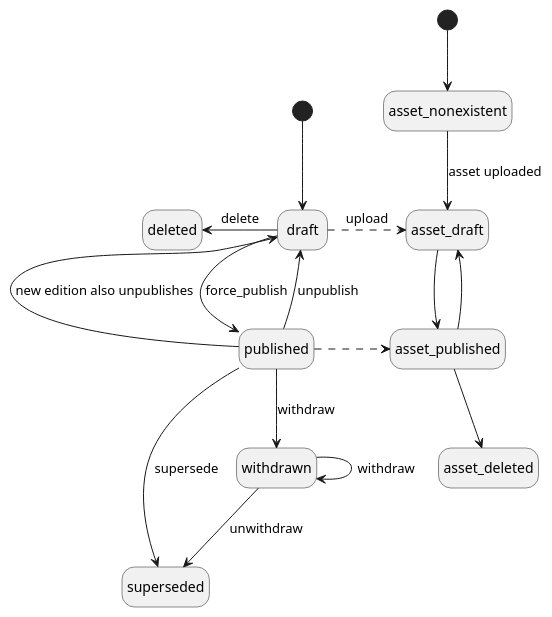
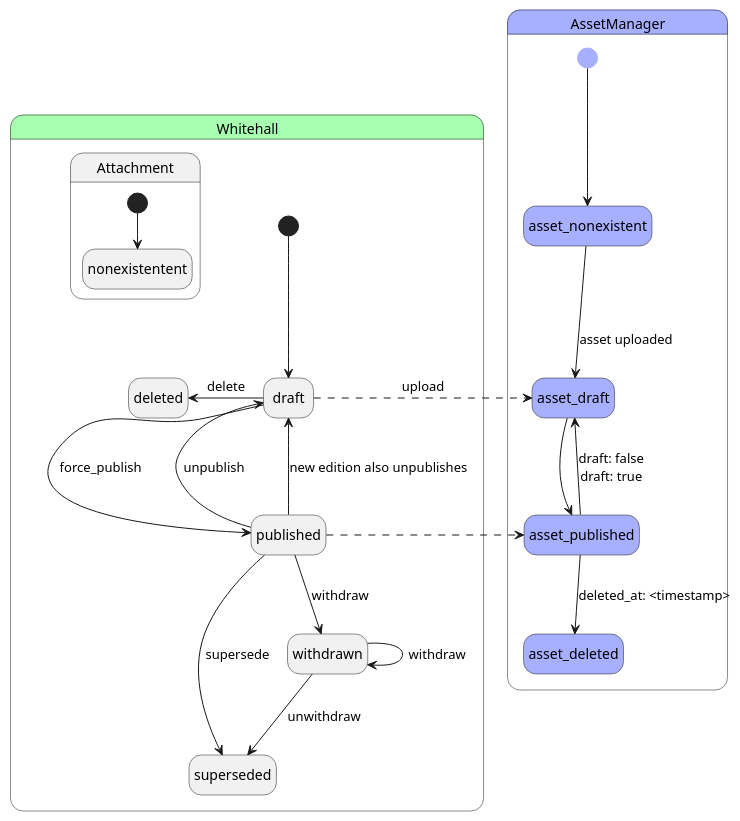
The diagram in docs/diagrams/asset_state_transitions.puml (alphagov/whitehall), drawn with PlantUML before and after one commit. The commit also changed 1 other file, not shown here.

Commit message:
add coloring and boundaries to asset state diagram

```diff
--- a/docs/diagrams/asset_state_transitions.puml
+++ b/docs/diagrams/asset_state_transitions.puml
@@ -1,37 +1,49 @@
 @startuml edition_state_transitions
 hide empty description
 
-state asset_start <<start>>
+state AssetManager #a7afff {
+    state asset_start <<start>> #a7afff
+    state asset_nonexistent #a7afff
+    state asset_draft #a7afff
+    state asset_published #a7afff
+    state asset_deleted #a7afff
+}
 
-[*] --> draft
+state Whitehall #a7ffaf {
+    [*] --> draft
 
-'removed: submitted, rejected, scheculed
+    'removed: submitted, rejected, scheculed
 
-draft -l-> deleted: delete
+    draft -l-> deleted: delete
 
-draft -[norank]-> published: force_publish
+    draft -[norank]-> published: force_publish
 
-published -u-> draft: unpublish
-published -u-> draft: new edition also unpublishes
+    published -u-> draft: unpublish
+    published -u-> draft: new edition also unpublishes
 
-'draft -u-> draft: unpublish
+    'draft -u-> draft: unpublish
 
-published --> superseded: supersede
+    published --> superseded: supersede
 
-published --> withdrawn: withdraw
-withdrawn --> withdrawn: withdraw
+    published --> withdrawn: withdraw
+    withdrawn --> withdrawn: withdraw
 
-withdrawn --> superseded: unwithdraw
+    withdrawn --> superseded: unwithdraw
+
+    state Attachment {
+        [*] --> nonexistentent
+    }
+}
 
 asset_start --> asset_nonexistent
 
 asset_nonexistent --> asset_draft: asset uploaded
 
 draft -[dashed]> asset_draft: upload
 published -[dashed]> asset_published
 
 asset_draft --> asset_published
-asset_published --> asset_draft
+asset_published --> asset_draft: draft: false\ndraft: true
 
-asset_published --> asset_deleted
+asset_published --> asset_deleted: deleted_at: <timestamp>
 @enduml
```
